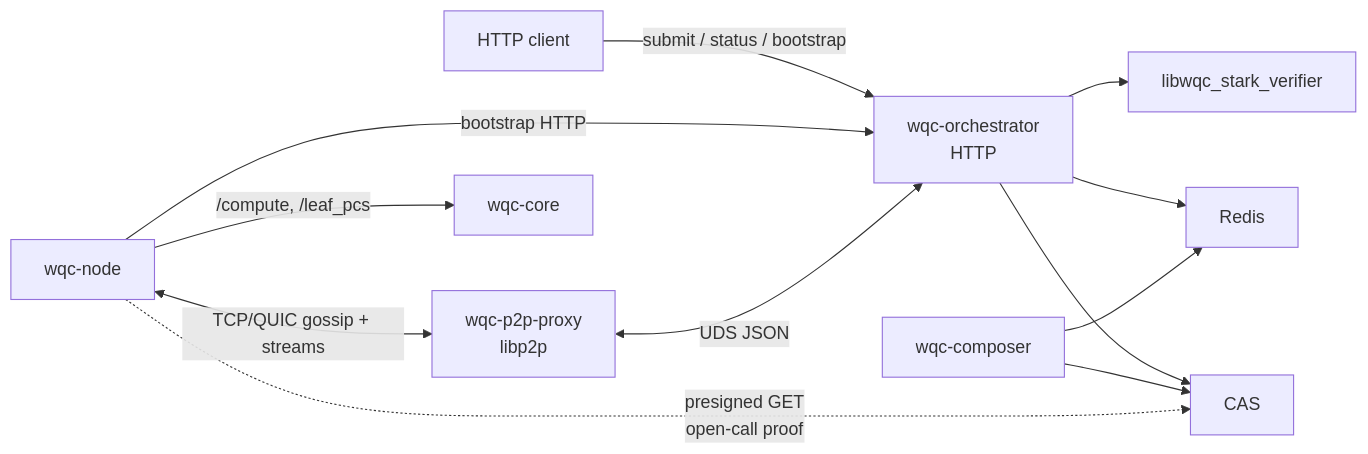
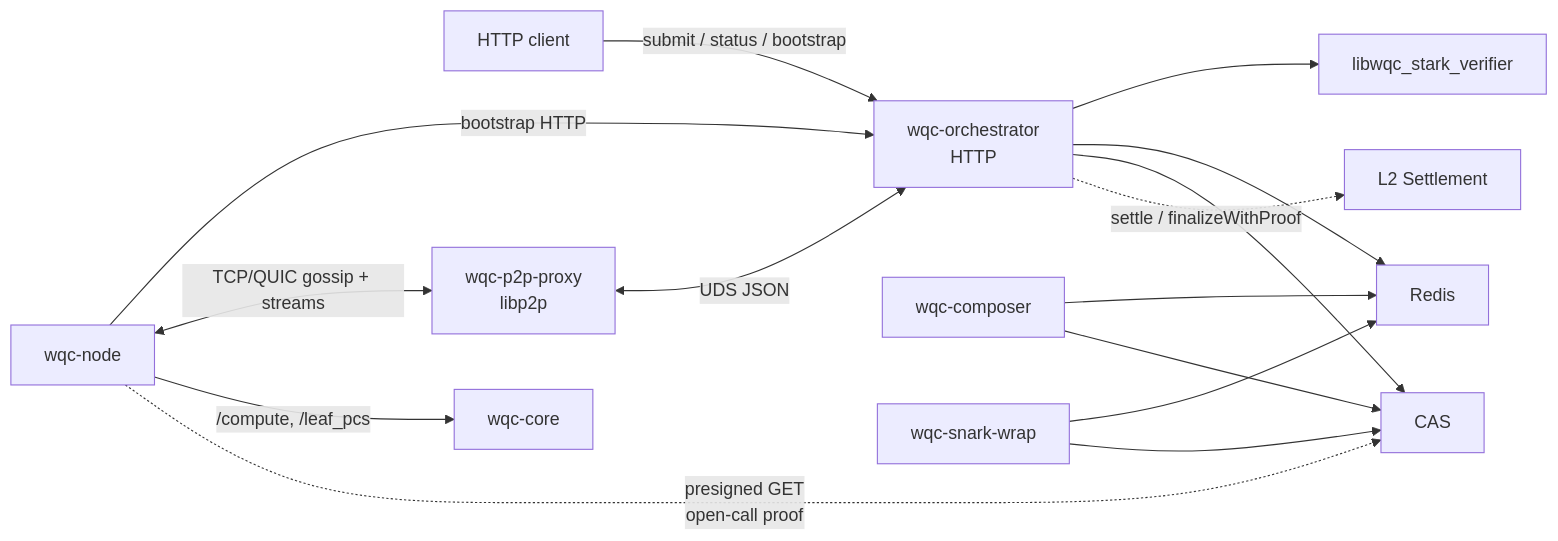
One commit to world-qc/wqc-docs changed the first of 2 diagrams in spec/architecture-current.md. Above: the diagram before and after it, drawn with Mermaid. The commit also changed other lines of this file and 6 other files, not shown here.

First line of the commit message:
Update SNARK wrap documentation and add WQC v0.4 whitepaper (#16)

````diff
--- a/spec/architecture-current.md
+++ b/spec/architecture-current.md
@@ -41,24 +46,29 @@
 ```mermaid
 flowchart LR
   client["HTTP client"]
   orch["wqc-orchestrator<br/>HTTP"]
   proxy["wqc-p2p-proxy<br/>libp2p"]
   node["wqc-node"]
   core["wqc-core"]
   composer["wqc-composer"]
+  wrap["wqc-snark-wrap"]
   redis["Redis"]
   cas["CAS"]
+  l2["L2 Settlement"]
   ffi["libwqc_stark_verifier"]
 
   client -->|"submit / status / bootstrap"| orch
   node -->|"bootstrap HTTP"| orch
   node <-->|"TCP/QUIC gossip + streams"| proxy
   proxy <-->|"UDS JSON"| orch
   node -->|"/compute, /leaf_pcs"| core
   orch --> ffi
   orch --> redis
   composer --> redis
+  wrap --> redis
   orch --> cas
   composer --> cas
+  wrap --> cas
+  orch -.->|"settle / finalizeWithProof"| l2
   node -.->|"presigned GET<br/>open-call proof"| cas
 ```
````
